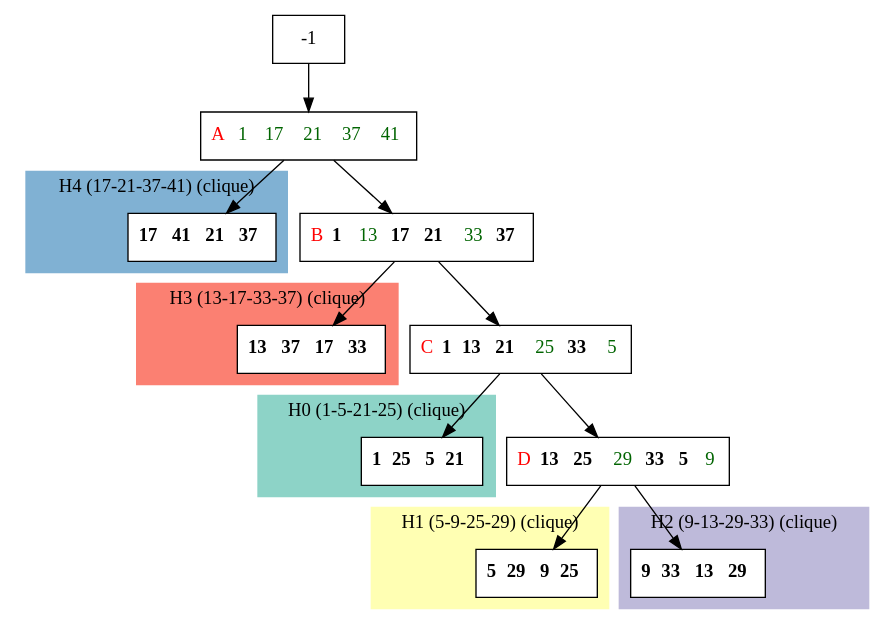
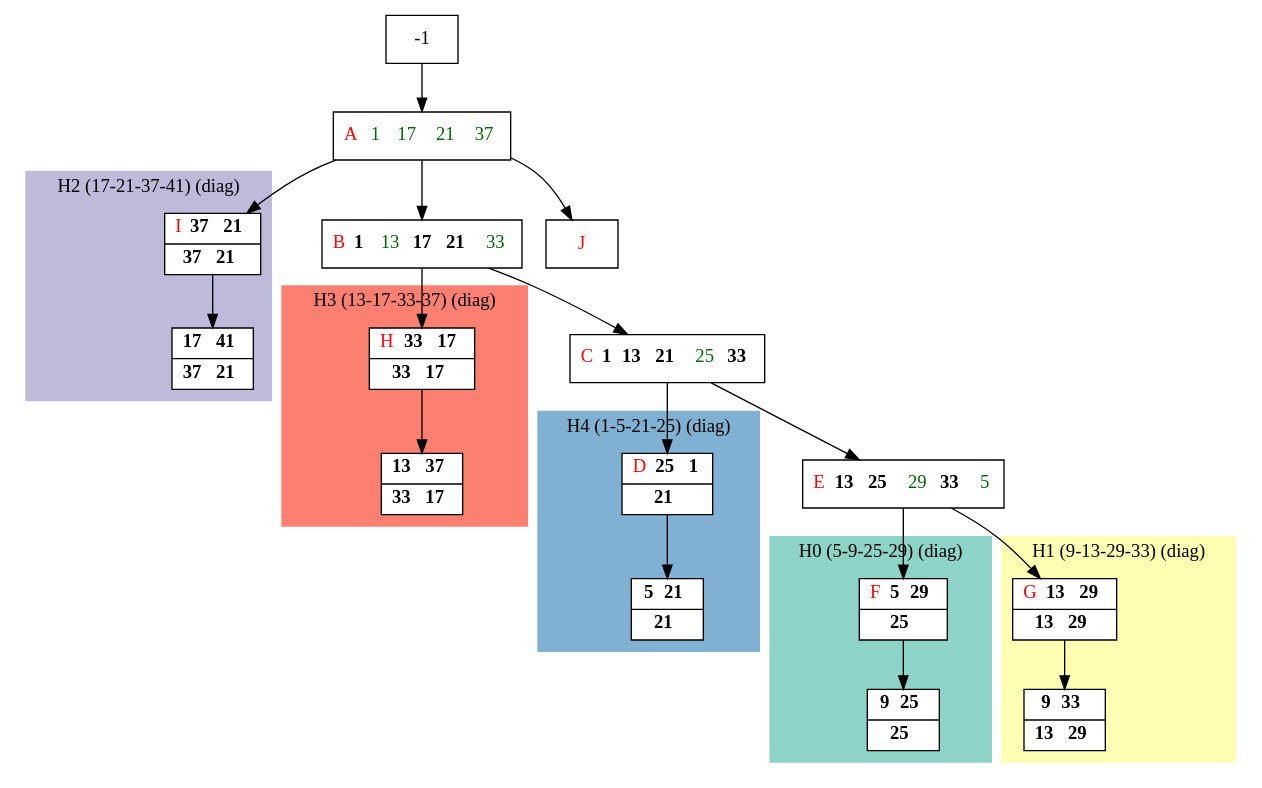
One commit to bmarchand/auto-dp changed the diagram in results/compact_dot_files/compact_K5.dot. Above: the diagram before and after it, drawn with Graphviz. The commit also changed 89 other files, not shown here.

```diff
--- a/results/compact_dot_files/compact_K5.dot
+++ b/results/compact_dot_files/compact_K5.dot
@@ -1,61 +1,68 @@
 digraph G {
     node [shape=box];
     subgraph cluster0 {
         node [style=filled,fillcolor=white];
         labeljust="l";
         style=filled;
         color="#8DD3C7";
-        H0_0;
-        label="H0 (1-5-21-25) (clique)";
+        H0_0 -> H0_5;
+        label="H0 (5-9-25-29) (diag)";
     }
     subgraph cluster1 {
         node [style=filled,fillcolor=white];
         labeljust="l";
         style=filled;
         color="#FFFFB3";
-        H1_0;
-        label="H1 (5-9-25-29) (clique)";
+        H1_0 -> H1_5;
+        label="H1 (9-13-29-33) (diag)";
     }
     subgraph cluster2 {
         node [style=filled,fillcolor=white];
         labeljust="l";
         style=filled;
         color="#BEBADA";
-        H2_0;
-        label="H2 (9-13-29-33) (clique)";
+        H2_0 -> H2_5;
+        label="H2 (17-21-37-41) (diag)";
     }
     subgraph cluster3 {
         node [style=filled,fillcolor=white];
         labeljust="l";
         style=filled;
         color="#FB8072";
-        H3_0;
-        label="H3 (13-17-33-37) (clique)";
+        H3_0 -> H3_5;
+        label="H3 (13-17-33-37) (diag)";
     }
     subgraph cluster4 {
         node [style=filled,fillcolor=white];
         labeljust="l";
         style=filled;
         color="#80B1D3";
-        H4_0;
-        label="H4 (17-21-37-41) (clique)";
+        H4_0 -> H4_5;
+        label="H4 (1-5-21-25) (diag)";
     }
-     30 [shape=record,label= <{  <FONT COLOR="RED">A</FONT>  <FONT COLOR="DARKGREEN">1</FONT>  <FONT COLOR="DARKGREEN">17</FONT>  <FONT COLOR="DARKGREEN">21</FONT>  <FONT COLOR="DARKGREEN">37</FONT>  <FONT COLOR="DARKGREEN">41</FONT>}> ];
+     30 [shape=record,label= <{  <FONT COLOR="RED">A</FONT>  <FONT COLOR="DARKGREEN">1</FONT>  <FONT COLOR="DARKGREEN">17</FONT>  <FONT COLOR="DARKGREEN">21</FONT>  <FONT COLOR="DARKGREEN">37</FONT>}> ];
      -1  ->  30;
-     H4_0 [shape=record,label= <{ <b>17</b> <b>41</b> <b>21</b> <b>37</b>}> ];
-     30  ->  H4_0;
-     21 [shape=record,label= <{  <FONT COLOR="RED">B</FONT> <b>1</b>  <FONT COLOR="DARKGREEN">13</FONT> <b>17</b> <b>21</b>  <FONT COLOR="DARKGREEN">33</FONT> <b>37</b>}> ];
+     21 [shape=record,label= <{  <FONT COLOR="RED">B</FONT> <b>1</b>  <FONT COLOR="DARKGREEN">13</FONT> <b>17</b> <b>21</b>  <FONT COLOR="DARKGREEN">33</FONT>}> ];
      30  ->  21;
-     H3_0 [shape=record,label= <{ <b>13</b> <b>37</b> <b>17</b> <b>33</b>}> ];
+     1 [shape=record,label= <{  <FONT COLOR="RED">C</FONT> <b>1</b> <b>13</b> <b>21</b>  <FONT COLOR="DARKGREEN">25</FONT> <b>33</b>}> ];
+     21  ->  1;
+     H4_0 [shape=record,label= <{  <FONT COLOR="RED">D</FONT> <b>25</b> <b>1</b>|  <b>21</b>}> ];
+     1  ->  H4_0;
+     H4_5 [shape=record,label= <{ <b>5</b> <b>21</b>|  <b>21</b>}> ];
+     8 [shape=record,label= <{  <FONT COLOR="RED">E</FONT> <b>13</b> <b>25</b>  <FONT COLOR="DARKGREEN">29</FONT> <b>33</b>  <FONT COLOR="DARKGREEN">5</FONT>}> ];
+     1  ->  8;
+     H0_0 [shape=record,label= <{  <FONT COLOR="RED">F</FONT> <b>5</b> <b>29</b>|  <b>25</b>}> ];
+     8  ->  H0_0;
+     H0_5 [shape=record,label= <{ <b>9</b> <b>25</b>|  <b>25</b>}> ];
+     H1_0 [shape=record,label= <{  <FONT COLOR="RED">G</FONT> <b>13</b> <b>29</b>|  <b>13</b> <b>29</b>}> ];
+     8  ->  H1_0;
+     H1_5 [shape=record,label= <{ <b>9</b> <b>33</b>|  <b>13</b> <b>29</b>}> ];
+     H3_0 [shape=record,label= <{  <FONT COLOR="RED">H</FONT> <b>33</b> <b>17</b>|  <b>33</b> <b>17</b>}> ];
      21  ->  H3_0;
-     1 [shape=record,label= <{  <FONT COLOR="RED">C</FONT> <b>1</b> <b>13</b> <b>21</b>  <FONT COLOR="DARKGREEN">25</FONT> <b>33</b>  <FONT COLOR="DARKGREEN">5</FONT>}> ];
-     21  ->  1;
-     H0_0 [shape=record,label= <{ <b>1</b> <b>25</b> <b>5</b> <b>21</b>}> ];
-     1  ->  H0_0;
-     8 [shape=record,label= <{  <FONT COLOR="RED">D</FONT> <b>13</b> <b>25</b>  <FONT COLOR="DARKGREEN">29</FONT> <b>33</b> <b>5</b>  <FONT COLOR="DARKGREEN">9</FONT>}> ];
-     1  ->  8;
-     H1_0 [shape=record,label= <{ <b>5</b> <b>29</b> <b>9</b> <b>25</b>}> ];
-     8  ->  H1_0;
-     H2_0 [shape=record,label= <{ <b>9</b> <b>33</b> <b>13</b> <b>29</b>}> ];
-     8  ->  H2_0;
+     H3_5 [shape=record,label= <{ <b>13</b> <b>37</b>|  <b>33</b> <b>17</b>}> ];
+     H2_0 [shape=record,label= <{  <FONT COLOR="RED">I</FONT> <b>37</b> <b>21</b>|  <b>37</b> <b>21</b>}> ];
+     30  ->  H2_0;
+     H2_5 [shape=record,label= <{ <b>17</b> <b>41</b>|  <b>37</b> <b>21</b>}> ];
+     _1 [shape=record,label= <{  <FONT COLOR="RED">J</FONT>}> ];
+     30  ->  _1;
 }
```
